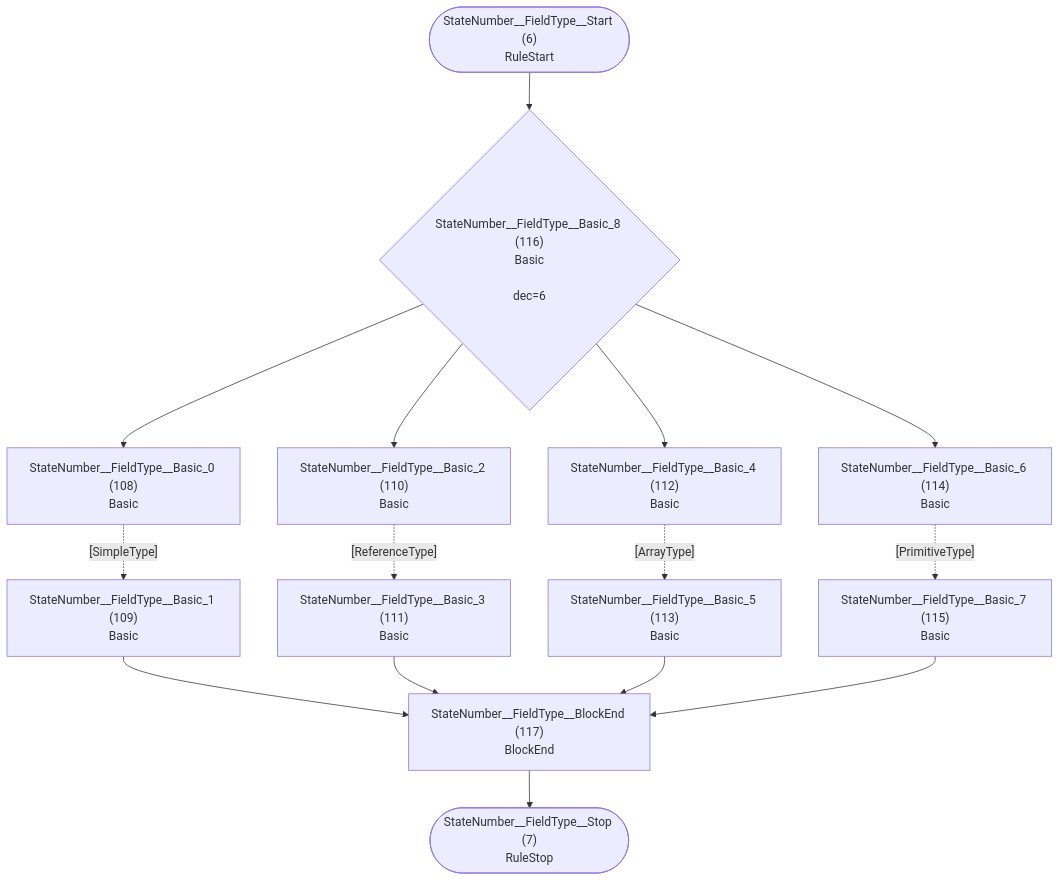
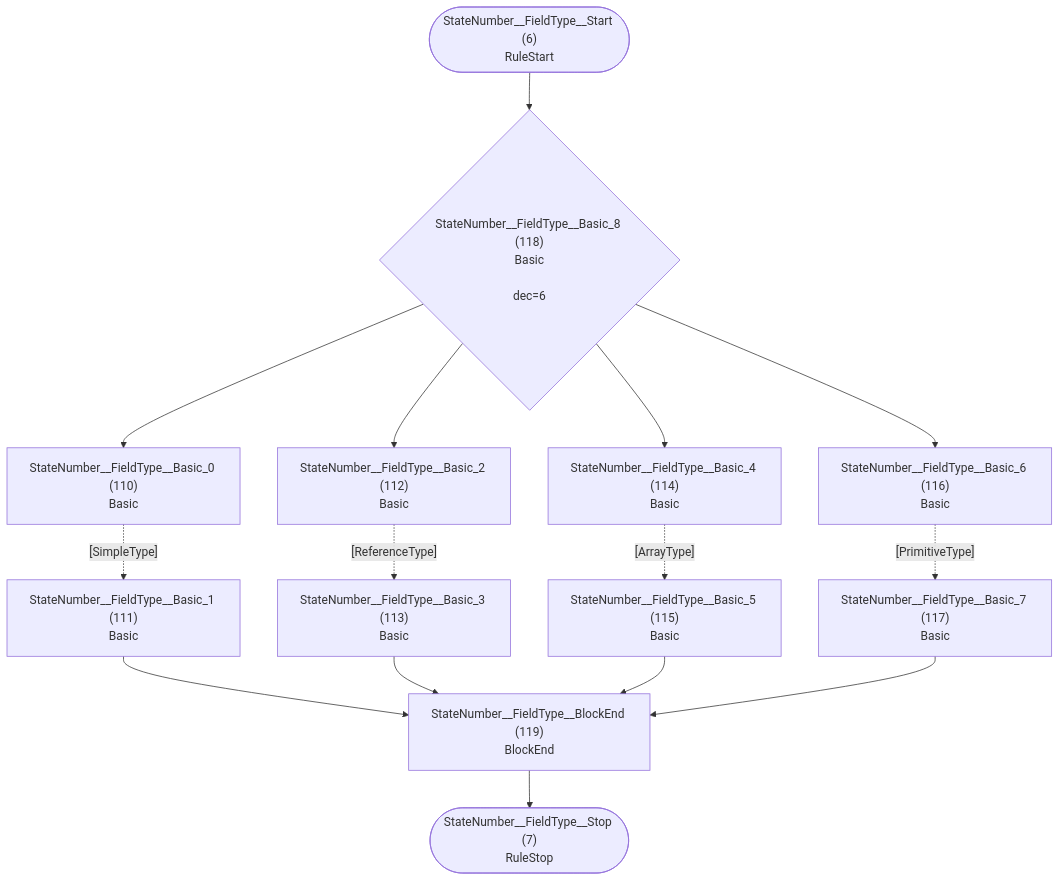
One commit to TypeFox/fastbelt changed the fourth of 33 diagrams in internal/grammar/atn.md. Above: the diagram before and after it, drawn with Mermaid. The commit also changed other lines of this file and 6 other files, not shown here.

````diff
--- a/internal/grammar/atn.md
+++ b/internal/grammar/atn.md
@@ -133,30 +133,30 @@
 ```mermaid
 flowchart TD
     q6(["StateNumber__FieldType__Start (6)<br/>RuleStart"])
     q7(["StateNumber__FieldType__Stop (7)<br/>RuleStop"])
-    q108["StateNumber__FieldType__Basic_0 (108)<br/>Basic<br/>"]
-    q109["StateNumber__FieldType__Basic_1 (109)<br/>Basic<br/>"]
-    q110["StateNumber__FieldType__Basic_2 (110)<br/>Basic<br/>"]
-    q111["StateNumber__FieldType__Basic_3 (111)<br/>Basic<br/>"]
-    q112["StateNumber__FieldType__Basic_4 (112)<br/>Basic<br/>"]
-    q113["StateNumber__FieldType__Basic_5 (113)<br/>Basic<br/>"]
-    q114["StateNumber__FieldType__Basic_6 (114)<br/>Basic<br/>"]
-    q115["StateNumber__FieldType__Basic_7 (115)<br/>Basic<br/>"]
-    q116{"StateNumber__FieldType__Basic_8 (116)<br/>Basic<br/><br/>dec=6"}
-    q117["StateNumber__FieldType__BlockEnd (117)<br/>BlockEnd<br/>"]
+    q110["StateNumber__FieldType__Basic_0 (110)<br/>Basic<br/>"]
+    q111["StateNumber__FieldType__Basic_1 (111)<br/>Basic<br/>"]
+    q112["StateNumber__FieldType__Basic_2 (112)<br/>Basic<br/>"]
+    q113["StateNumber__FieldType__Basic_3 (113)<br/>Basic<br/>"]
+    q114["StateNumber__FieldType__Basic_4 (114)<br/>Basic<br/>"]
+    q115["StateNumber__FieldType__Basic_5 (115)<br/>Basic<br/>"]
+    q116["StateNumber__FieldType__Basic_6 (116)<br/>Basic<br/>"]
+    q117["StateNumber__FieldType__Basic_7 (117)<br/>Basic<br/>"]
+    q118{"StateNumber__FieldType__Basic_8 (118)<br/>Basic<br/><br/>dec=6"}
+    q119["StateNumber__FieldType__BlockEnd (119)<br/>BlockEnd<br/>"]
 
-    q6 --> q116
-    q108 -.->|"[SimpleType]"| q109
-    q109 --> q117
-    q110 -.->|"[ReferenceType]"| q111
-    q111 --> q117
-    q112 -.->|"[ArrayType]"| q113
-    q113 --> q117
-    q114 -.->|"[PrimitiveType]"| q115
-    q115 --> q117
-    q116 --> q108
-    q116 --> q110
-    q116 --> q112
-    q116 --> q114
-    q117 --> q7
+    q6 --> q118
+    q110 -.->|"[SimpleType]"| q111
+    q111 --> q119
+    q112 -.->|"[ReferenceType]"| q113
+    q113 --> q119
+    q114 -.->|"[ArrayType]"| q115
+    q115 --> q119
+    q116 -.->|"[PrimitiveType]"| q117
+    q117 --> q119
+    q118 --> q110
+    q118 --> q112
+    q118 --> q114
+    q118 --> q116
+    q119 --> q7
 ```
````
